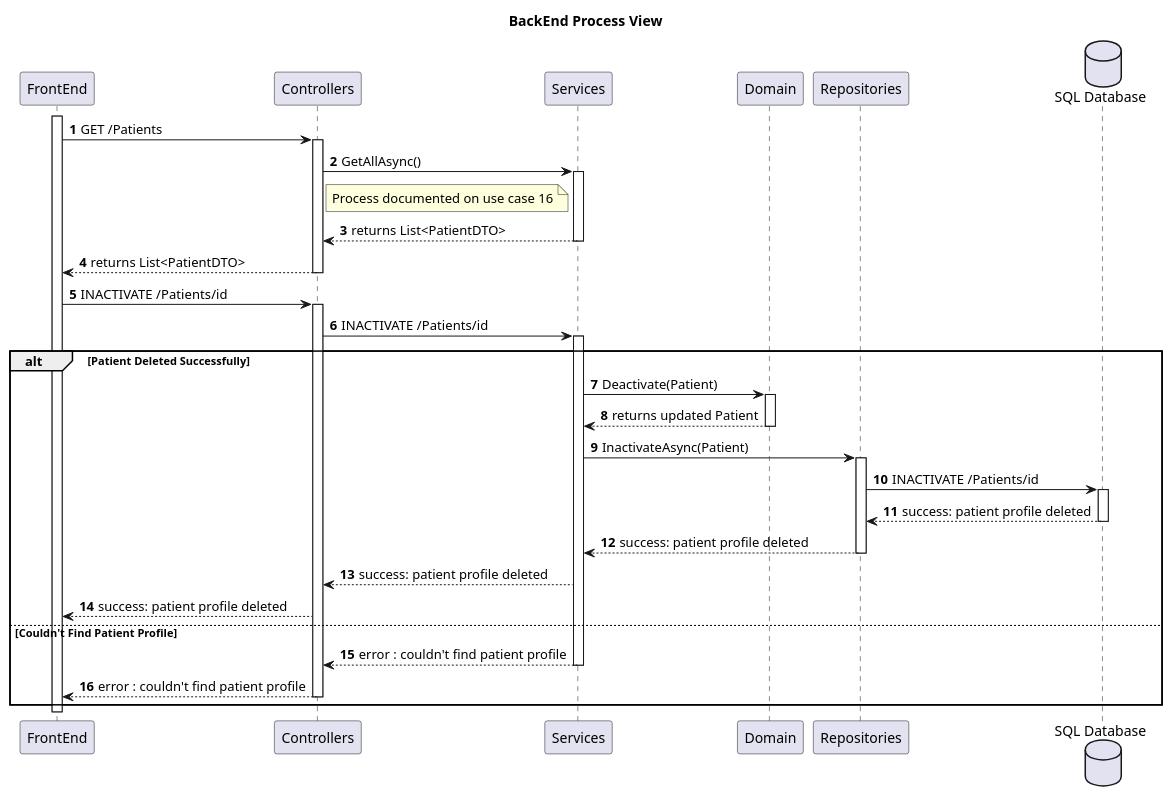
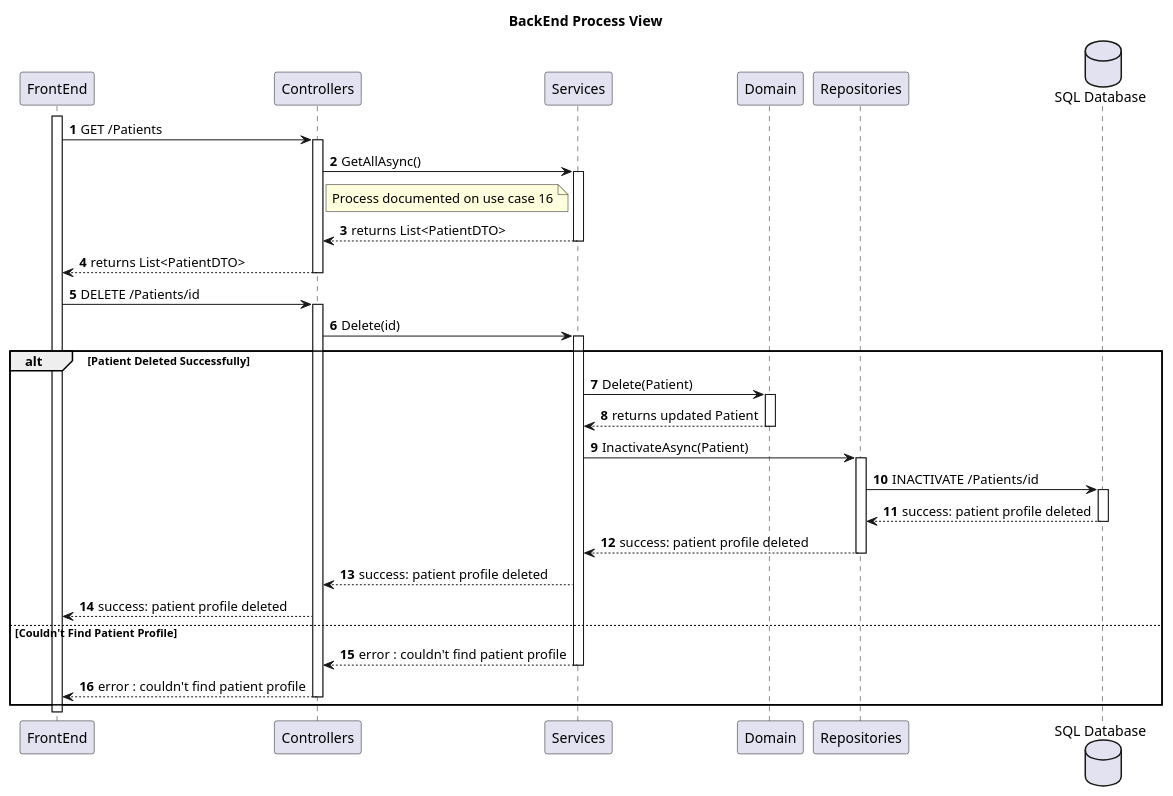
Before and after one commit to MiguelCardoso77/SurgicalSync-BackEnd: the diagram in Wiki/SprintA/diagrams/use-cases/14-delete-patient-profile/level3/backend-process-view.puml, drawn with PlantUML. The commit also changed 2 other files, not shown here.

```diff
--- a/Wiki/SprintA/diagrams/use-cases/14-delete-patient-profile/level3/backend-process-view.puml
+++ b/Wiki/SprintA/diagrams/use-cases/14-delete-patient-profile/level3/backend-process-view.puml
@@ -1,67 +1,67 @@
 @startuml
 autonumber
 
 title BackEnd Process View
 
 participant "FrontEnd" as FE
 participant "Controllers" as CN
 participant "Services" as SV
 participant "Domain" as DM
 participant "Repositories" as REPO
 database "SQL Database" as SQL
 
 activate FE
 
     FE -> CN: GET /Patients
     activate CN
     
         CN -> SV : GetAllAsync()
         activate SV
         
             note left of SV
                 Process documented on use case 16
             end note
             
             SV --> CN : returns List<PatientDTO>
         deactivate SV
         
         CN --> FE : returns List<PatientDTO>
     deactivate CN
     
-    FE -> CN : INACTIVATE /Patients/id
+    FE -> CN : DELETE /Patients/id
     activate CN
         
-        CN -> SV : INACTIVATE /Patients/id
+        CN -> SV : Delete(id)
         activate SV
 alt Patient Deleted Successfully
-            SV -> DM : Deactivate(Patient)
+            SV -> DM : Delete(Patient)
             activate DM
             
                 DM --> SV : returns updated Patient
             deactivate DM
             
             SV -> REPO : InactivateAsync(Patient)
             activate REPO
             
                 REPO -> SQL : INACTIVATE /Patients/id
                 activate SQL
                 
                     SQL --> REPO : success: patient profile deleted
                 deactivate SQL
                 
                 REPO --> SV : success: patient profile deleted
             deactivate REPO
             
             SV --> CN : success: patient profile deleted           
         CN --> FE : success: patient profile deleted
     
 else Couldn't Find Patient Profile
             
             SV --> CN : error : couldn't find patient profile
         deactivate SV
         
         CN --> FE : error : couldn't find patient profile
     deactivate CN
 end                
 deactivate FE
 @enduml
```
